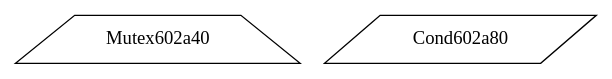
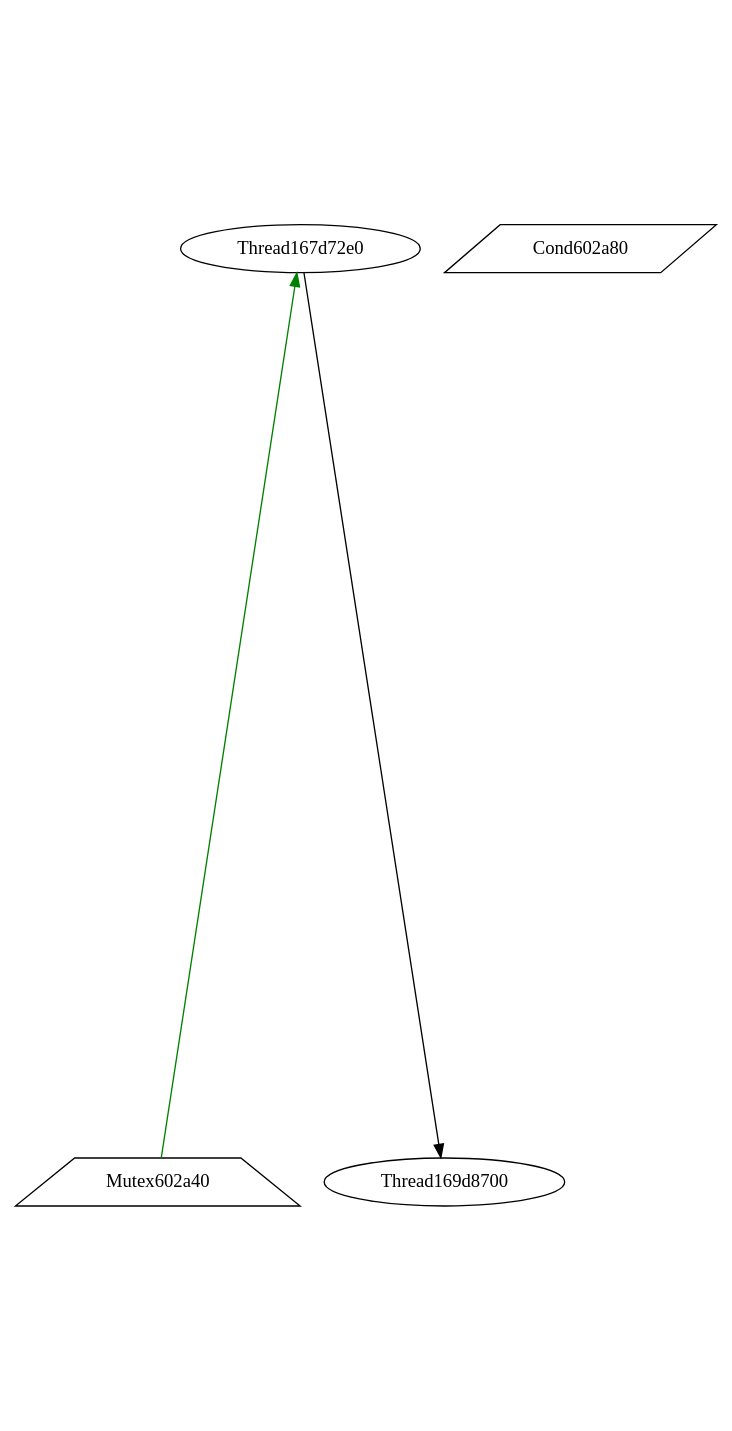
Before and after one commit to v4o6/cs410: the diagram in view/dot/graph005.dot, drawn with Graphviz. The commit also changed 286 other files, not shown here.

```diff
--- a/view/dot/graph005.dot
+++ b/view/dot/graph005.dot
@@ -1,5 +1,9 @@
 digraph G {
 graph[center=true, ratio=2];
 Mutex602a40 [shape=trapezium,color=black];
 Cond602a80 [shape=parallelogram,color=black];
+Thread169d8700 [color=black];
+Thread167d72e0 [color=black];
+Thread167d72e0 -> Mutex602a40 [arrowhead=normal,color=green,dir=back];
+Thread167d72e0 -> Thread169d8700 [arrowhead=normal];
 }
```
